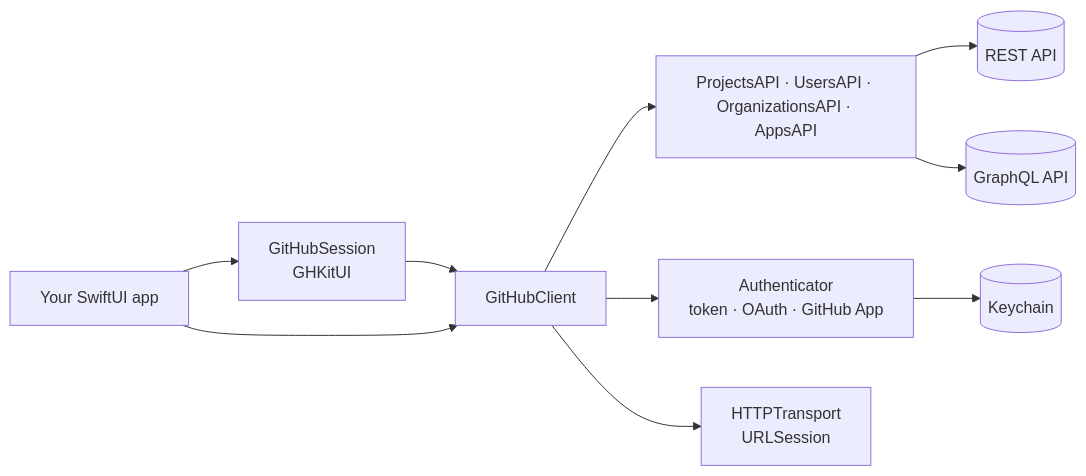
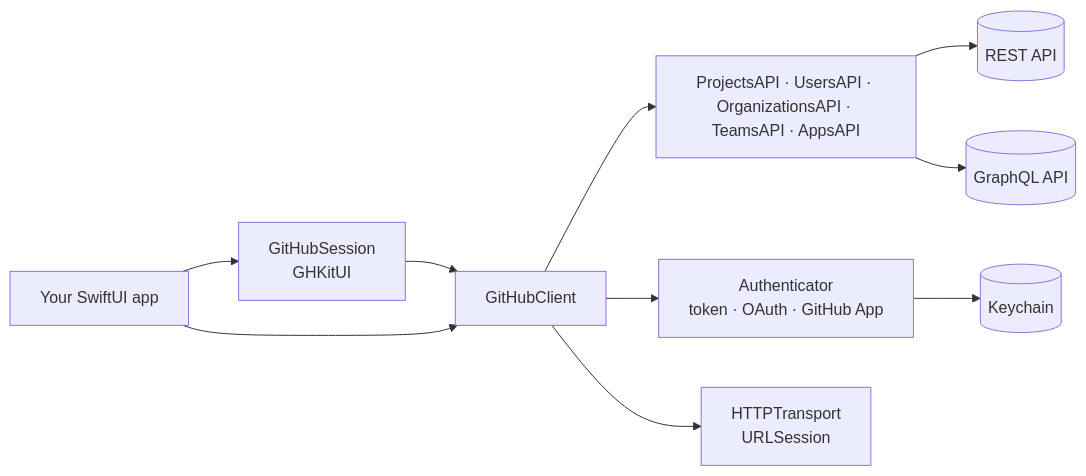
The diagram in README.md (emmanuel-defreitas/GHKit), drawn with Mermaid before and after one commit. The commit also changed 14 other files, not shown here.

````diff
--- a/README.md
+++ b/README.md
@@ -324,12 +324,12 @@
 ```mermaid
 graph LR
     App[Your SwiftUI app] --> Session[GitHubSession<br/>GHKitUI]
     Session --> Client[GitHubClient]
     App --> Client
-    Client --> APIs[ProjectsAPI · UsersAPI · OrganizationsAPI · AppsAPI]
+    Client --> APIs[ProjectsAPI · UsersAPI · OrganizationsAPI · TeamsAPI · AppsAPI]
     Client --> Auth[Authenticator<br/>token · OAuth · GitHub App]
     Client --> Transport[HTTPTransport<br/>URLSession]
     APIs --> REST[(REST API)]
     APIs --> GQL[(GraphQL API)]
     Auth --> Store[(Keychain)]
 ```
````
